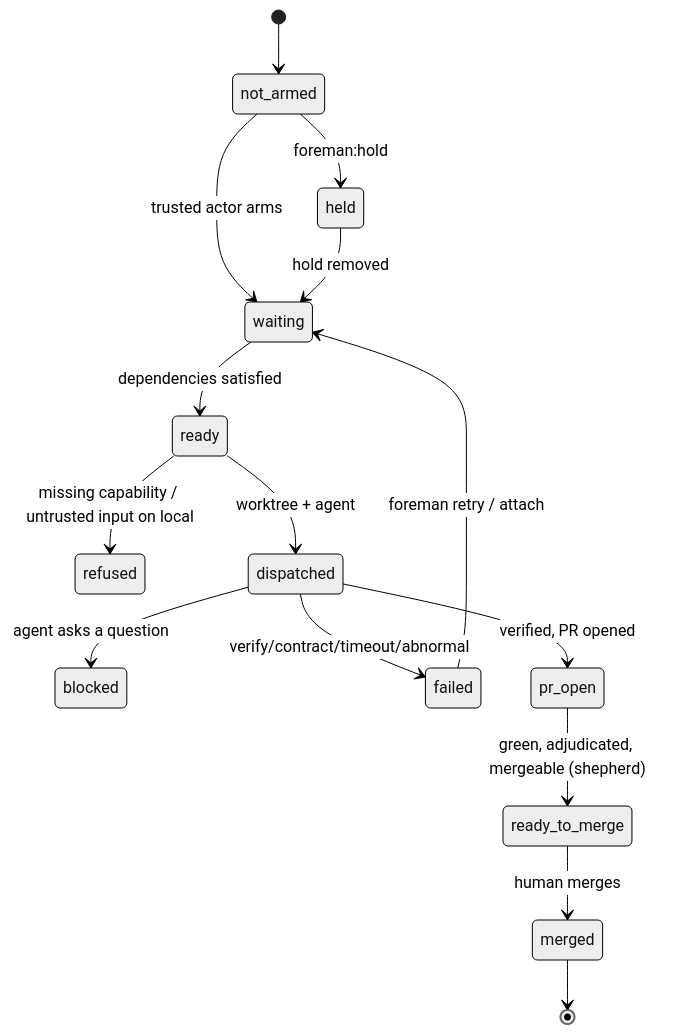
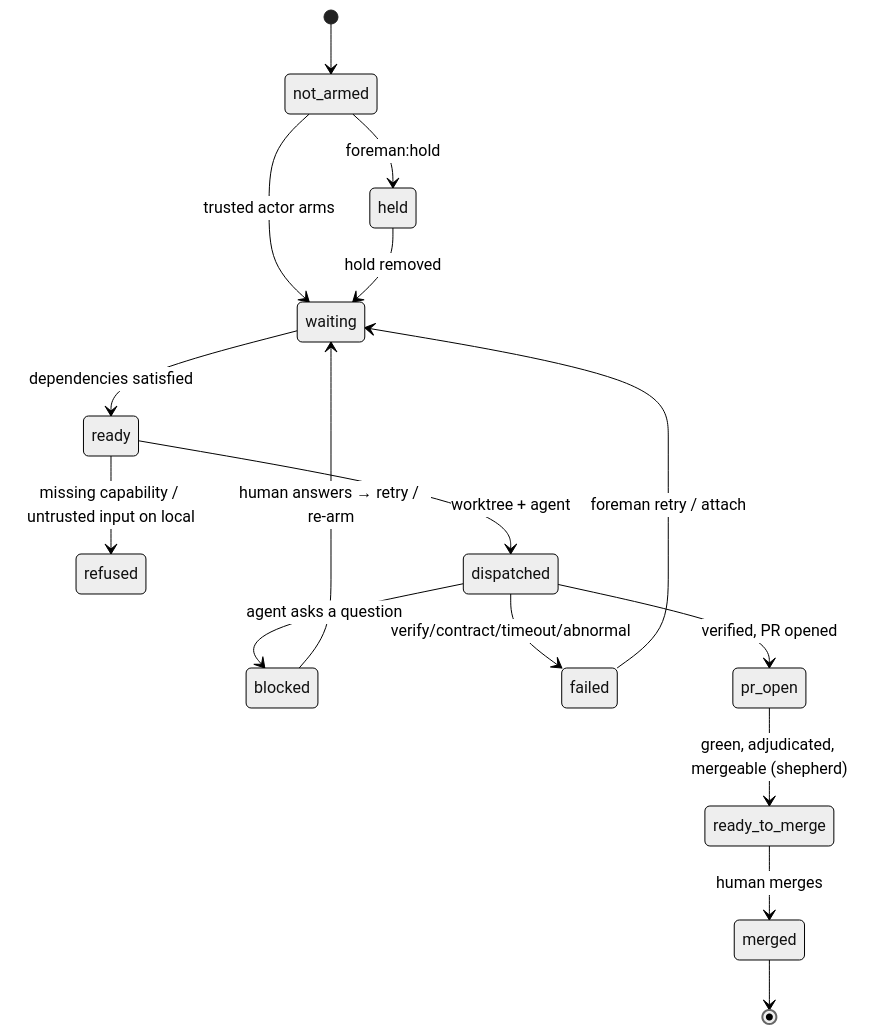
One commit to ponderousdev/foreman changed the second of 2 diagrams in docs/product/domain.md. Above: the diagram before and after it, drawn with Mermaid (neutral theme). The commit also changed other lines of this file and 2 other files, not shown here.

````diff
--- a/docs/product/domain.md
+++ b/docs/product/domain.md
@@ -53,17 +54,18 @@
 ```mermaid
 stateDiagram-v2
     [*] --> not_armed
     not_armed --> waiting : trusted actor arms
     held --> waiting : hold removed
     not_armed --> held : foreman:hold
     waiting --> ready : dependencies satisfied
     ready --> refused : missing capability / untrusted input on local
     ready --> dispatched : worktree + agent
     dispatched --> blocked : agent asks a question
     dispatched --> failed : verify/contract/timeout/abnormal
     dispatched --> pr_open : verified, PR opened
     pr_open --> ready_to_merge : green, adjudicated, mergeable (shepherd)
     ready_to_merge --> merged : human merges
+    blocked --> waiting : human answers → retry / re-arm
     failed --> waiting : foreman retry / attach
     merged --> [*]
 ```
````
